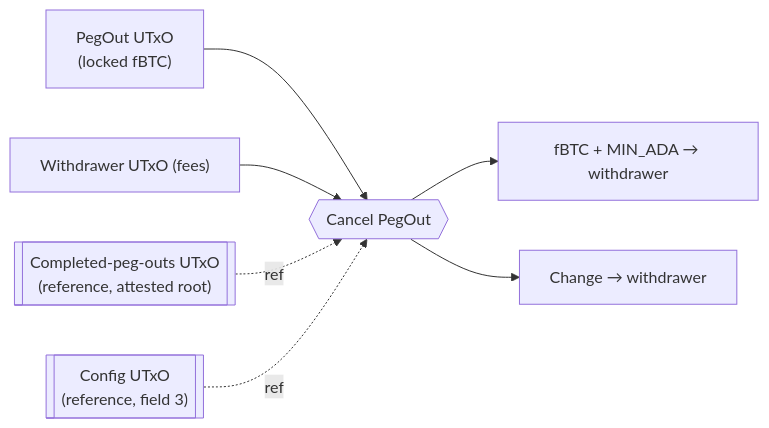
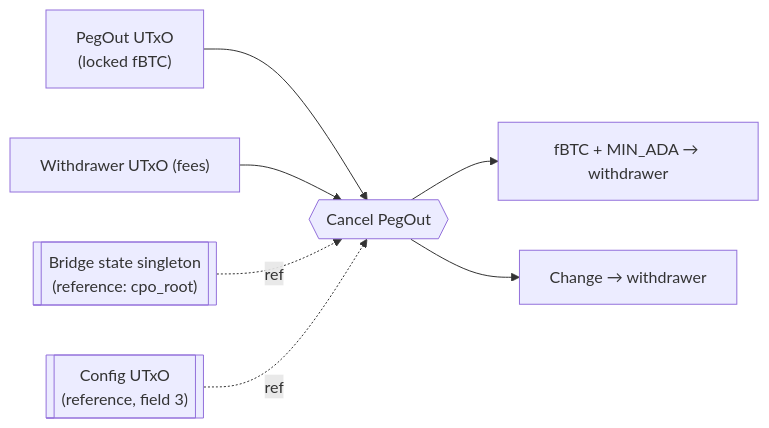
Diagram 18 of 20 in documentation/technical_documentation.md (rssh/ft-bifrost-bridge), drawn with Mermaid before and after one commit. The commit also changed other lines of this file, not shown here.

First line of the commit message:
docs(spec): fold rev 5.4, the bridge state singleton, into the spec

````diff
--- a/documentation/technical_documentation.md
+++ b/documentation/technical_documentation.md
@@ -2349,9 +2636,9 @@
 ```mermaid
 flowchart LR
   pout["PegOut UTxO<br/>(locked fBTC)"] --> tx{{"Cancel PegOut"}}
   wdraw["Withdrawer UTxO (fees)"] --> tx
-  cpo_ref[["Completed-peg-outs UTxO<br/>(reference, attested root)"]] -. ref .-> tx
+  bss_ref[["Bridge state singleton<br/>(reference: cpo_root)"]] -. ref .-> tx
   cfg_ref[["Config UTxO<br/>(reference, field 3)"]] -. ref .-> tx
   tx --> refund["fBTC + MIN_ADA → withdrawer"]
   tx --> change["Change → withdrawer"]
 ```
````
